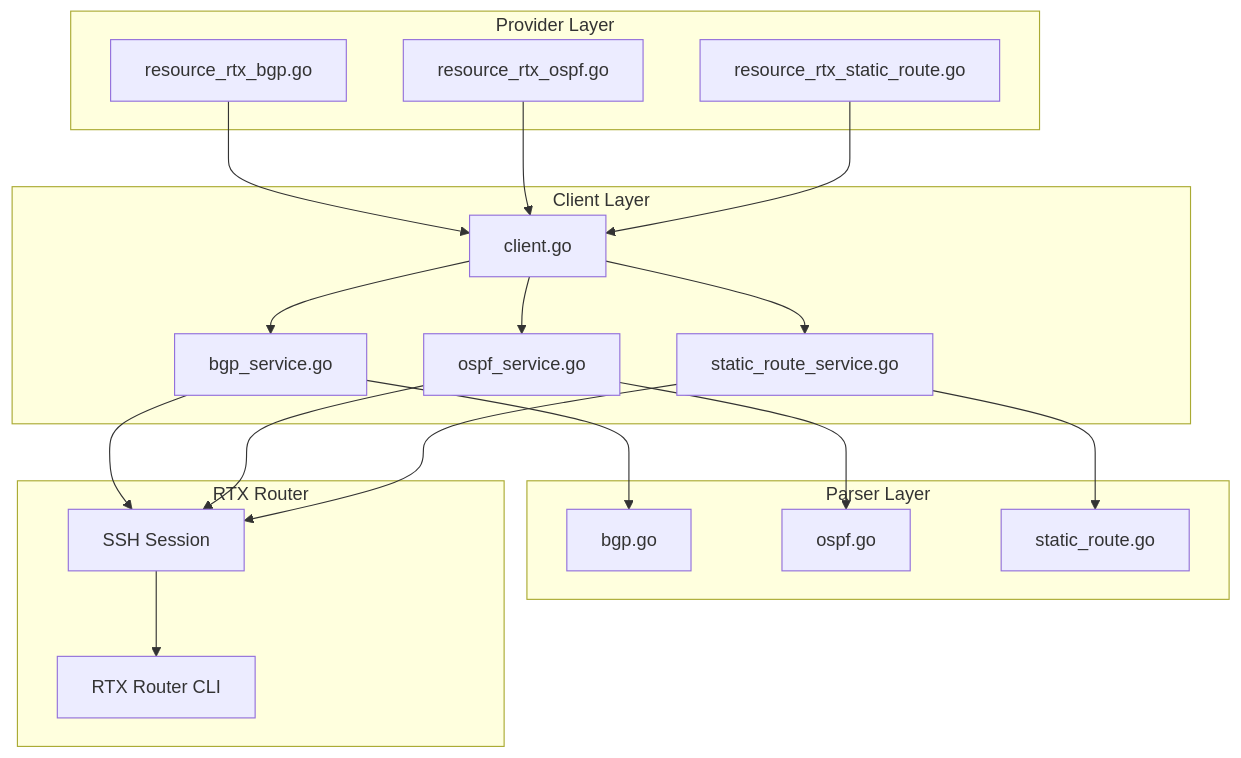
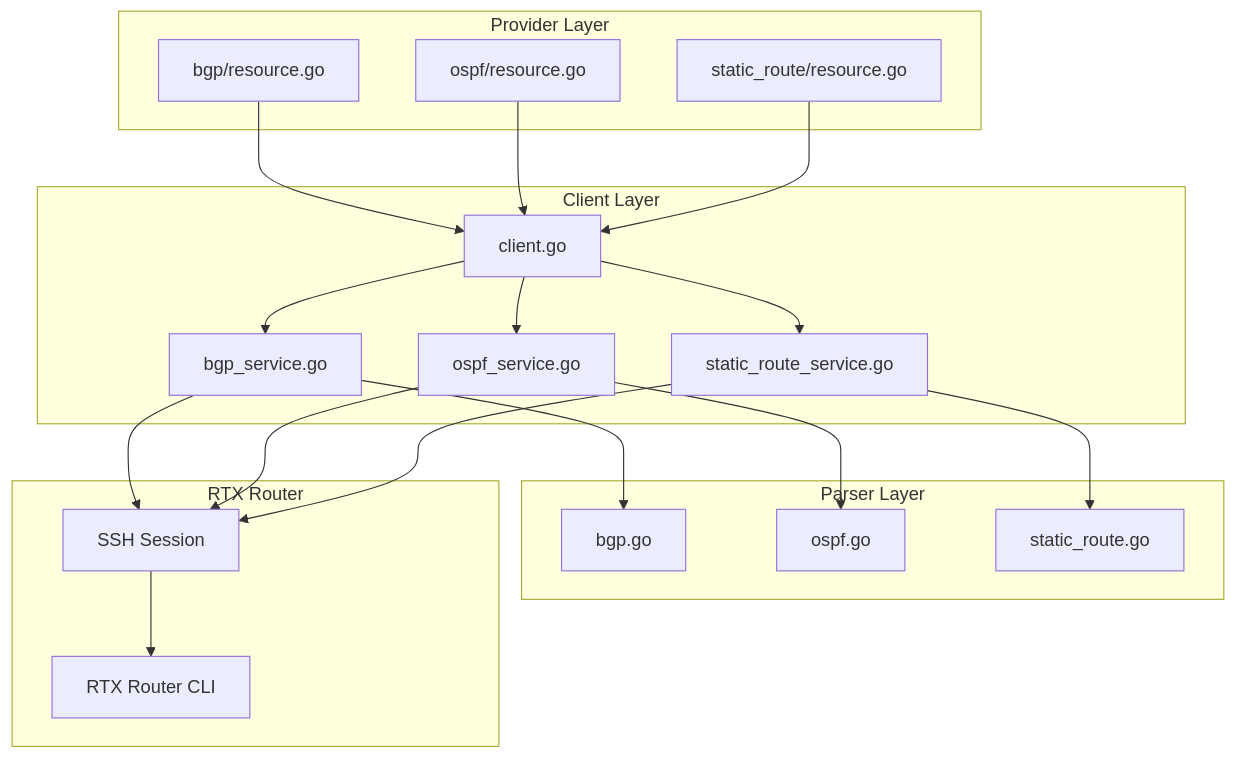
Before and after one commit to shin1ohno/terraform-provider-rtx: the diagram in .spec-workflow/master-specs/routing/design.md, drawn with Mermaid. The commit also changed other lines of this file and 43 other files, not shown here.

````diff
--- a/.spec-workflow/master-specs/routing/design.md
+++ b/.spec-workflow/master-specs/routing/design.md
@@ -80,44 +80,44 @@
 ```mermaid
 graph TD
     subgraph Provider Layer
-        TFResourceBGP[resource_rtx_bgp.go]
-        TFResourceOSPF[resource_rtx_ospf.go]
-        TFResourceRoute[resource_rtx_static_route.go]
+        TFResourceBGP[bgp/resource.go]
+        TFResourceOSPF[ospf/resource.go]
+        TFResourceRoute[static_route/resource.go]
     end
 
     subgraph Client Layer
         Client[client.go]
         BGPService[bgp_service.go]
         OSPFService[ospf_service.go]
         RouteService[static_route_service.go]
     end
 
     subgraph Parser Layer
         BGPParser[bgp.go]
         OSPFParser[ospf.go]
         RouteParser[static_route.go]
     end
 
     subgraph RTX Router
         SSH[SSH Session]
         Router[RTX Router CLI]
     end
 
     TFResourceBGP --> Client
     TFResourceOSPF --> Client
     TFResourceRoute --> Client
 
     Client --> BGPService
     Client --> OSPFService
     Client --> RouteService
 
     BGPService --> BGPParser
     OSPFService --> OSPFParser
     RouteService --> RouteParser
 
     BGPService --> SSH
     OSPFService --> SSH
     RouteService --> SSH
 
     SSH --> Router
 ```
````
